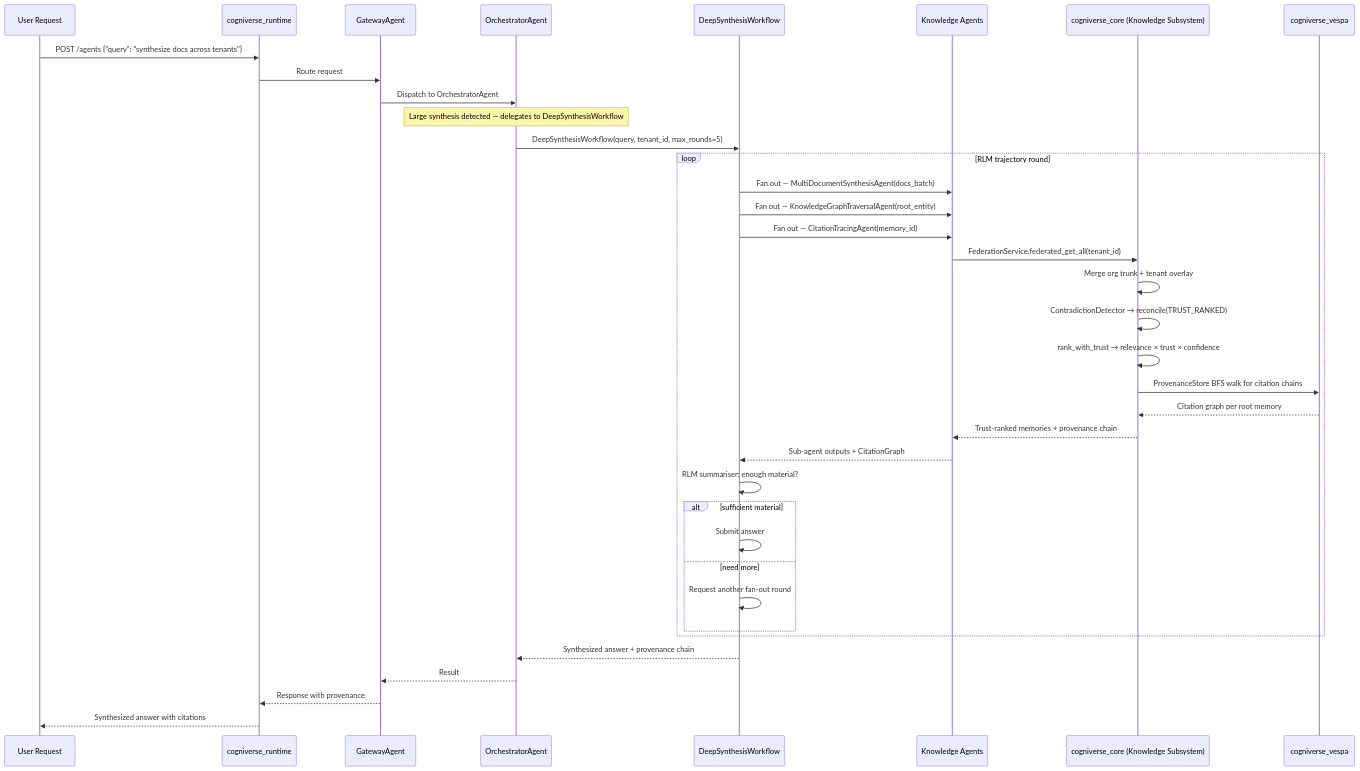
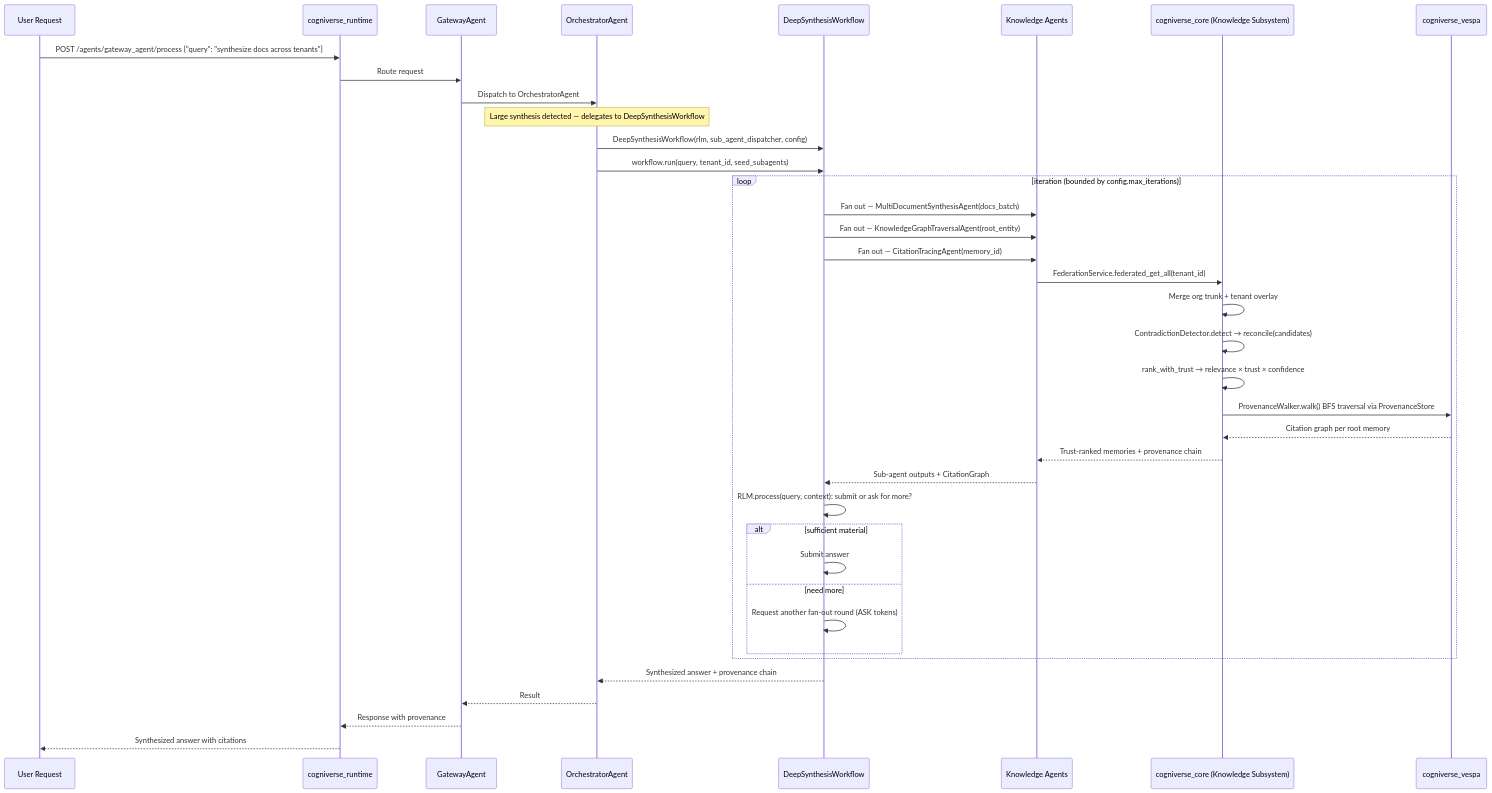
One commit to amit-jain/cogniverse changed diagram 19 of 27 in docs/diagrams/sdk-architecture-diagrams.md. Above: the diagram before and after it, drawn with Mermaid. The commit also changed other lines of this file and 119 other files, not shown here.

````diff
--- a/docs/diagrams/sdk-architecture-diagrams.md
+++ b/docs/diagrams/sdk-architecture-diagrams.md
@@ -636,47 +1169,48 @@
 ```mermaid
 sequenceDiagram
     participant User as User Request
     participant Runtime as cogniverse_runtime
     participant Gateway as GatewayAgent
     participant Orchestrator as OrchestratorAgent
     participant DSW as DeepSynthesisWorkflow
     participant KAgents as Knowledge Agents
     participant Core as cogniverse_core (Knowledge Subsystem)
     participant Vespa as cogniverse_vespa
 
-    User->>Runtime: POST /agents {"query": "synthesize docs across tenants"}
+    User->>Runtime: POST /agents/gateway_agent/process {"query": "synthesize docs across tenants"}
 
     Runtime->>Gateway: Route request
     Gateway->>Orchestrator: Dispatch to OrchestratorAgent
 
     Note over Orchestrator: Large synthesis detected — delegates to DeepSynthesisWorkflow
-    Orchestrator->>DSW: DeepSynthesisWorkflow(query, tenant_id, max_rounds=5)
+    Orchestrator->>DSW: DeepSynthesisWorkflow(rlm, sub_agent_dispatcher, config)
+    Orchestrator->>DSW: workflow.run(query, tenant_id, seed_subagents)
 
-    loop RLM trajectory round
+    loop iteration (bounded by config.max_iterations)
         DSW->>KAgents: Fan out — MultiDocumentSynthesisAgent(docs_batch)
         DSW->>KAgents: Fan out — KnowledgeGraphTraversalAgent(root_entity)
         DSW->>KAgents: Fan out — CitationTracingAgent(memory_id)
 
         KAgents->>Core: FederationService.federated_get_all(tenant_id)
         Core->>Core: Merge org trunk + tenant overlay
-        Core->>Core: ContradictionDetector → reconcile(TRUST_RANKED)
+        Core->>Core: ContradictionDetector.detect → reconcile(candidates)
         Core->>Core: rank_with_trust → relevance × trust × confidence
-        Core->>Vespa: ProvenanceStore BFS walk for citation chains
+        Core->>Vespa: ProvenanceWalker.walk() BFS traversal via ProvenanceStore
         Vespa-->>Core: Citation graph per root memory
         Core-->>KAgents: Trust-ranked memories + provenance chain
 
         KAgents-->>DSW: Sub-agent outputs + CitationGraph
 
-        DSW->>DSW: RLM summariser: enough material?
+        DSW->>DSW: RLM.process(query, context): submit or ask for more?
         alt sufficient material
             DSW->>DSW: Submit answer
         else need more
-            DSW->>DSW: Request another fan-out round
+            DSW->>DSW: Request another fan-out round (ASK tokens)
         end
     end
 
     DSW-->>Orchestrator: Synthesized answer + provenance chain
     Orchestrator-->>Gateway: Result
     Gateway-->>Runtime: Response with provenance
     Runtime-->>User: Synthesized answer with citations
 ```
````
